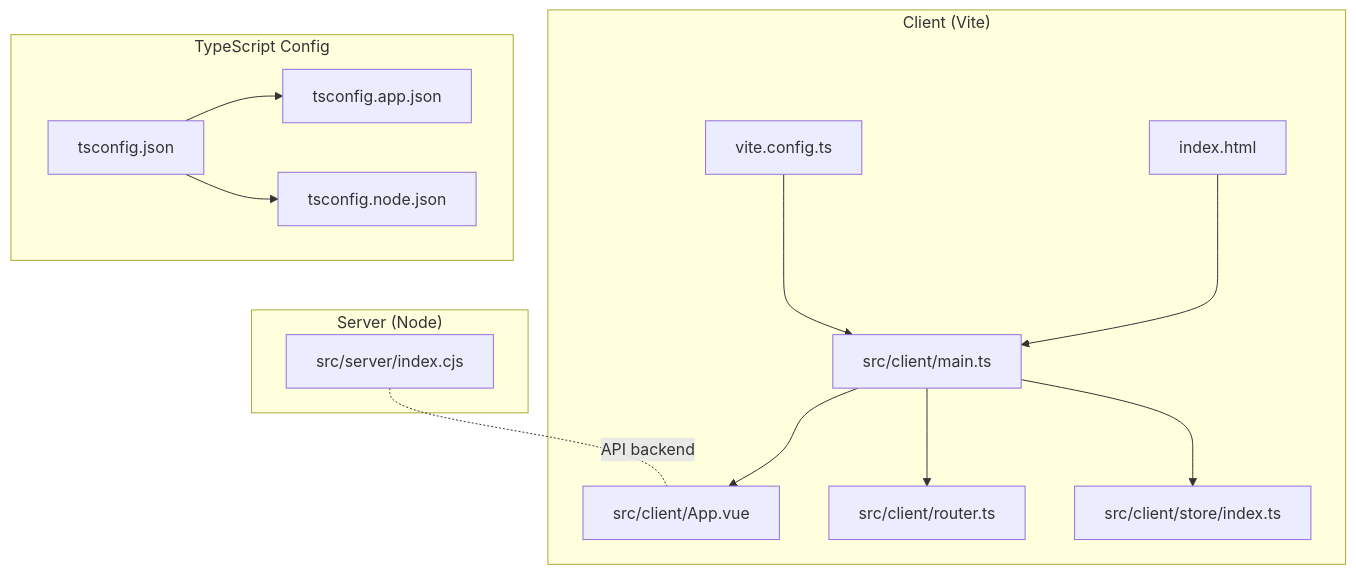
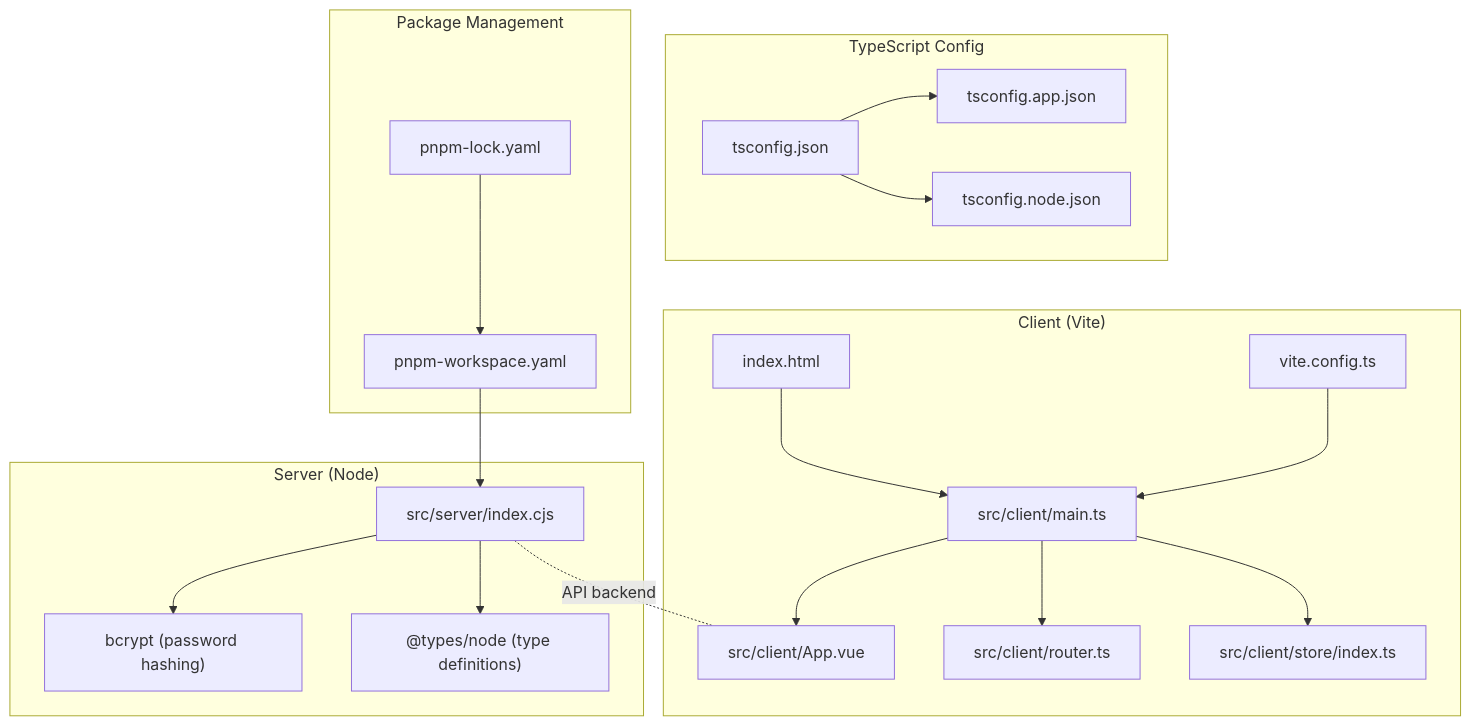
The first of 3 diagrams in .qoder/repowiki/en/content/Development Workflow/Build System Configuration.md (xinyo/startora), drawn with Mermaid before and after one commit. The commit also changed other lines of this file and 19 other files, not shown here.

````diff
--- a/.qoder/repowiki/en/content/Development Workflow/Build System Configuration.md
+++ b/.qoder/repowiki/en/content/Development Workflow/Build System Configuration.md
@@ -35,27 +46,37 @@
 ```mermaid
 graph TB
 subgraph "Client (Vite)"
 VCFG["vite.config.ts"]
 HTML["index.html"]
 MAIN["src/client/main.ts"]
 APP["src/client/App.vue"]
 ROUTER["src/client/router.ts"]
 STORE["src/client/store/index.ts"]
 end
 subgraph "TypeScript Config"
 TSCJSON["tsconfig.json"]
 TSCAPP["tsconfig.app.json"]
 TSCNODE["tsconfig.node.json"]
 end
 subgraph "Server (Node)"
 SRV["src/server/index.cjs"]
+BCRYPT["bcrypt (password hashing)"]
+DOTENV["@types/node (type definitions)"]
+end
+subgraph "Package Management"
+PNPMWS["pnpm-workspace.yaml"]
+PNPML["pnpm-lock.yaml"]
 end
 VCFG --> MAIN
 HTML --> MAIN
 MAIN --> APP
 MAIN --> ROUTER
 MAIN --> STORE
 TSCJSON --> TSCAPP
 TSCJSON --> TSCNODE
 SRV -. "API backend" .- APP
+SRV --> BCRYPT
+SRV --> DOTENV
+PNPMWS --> SRV
+PNPML --> PNPMWS
 ```
````
